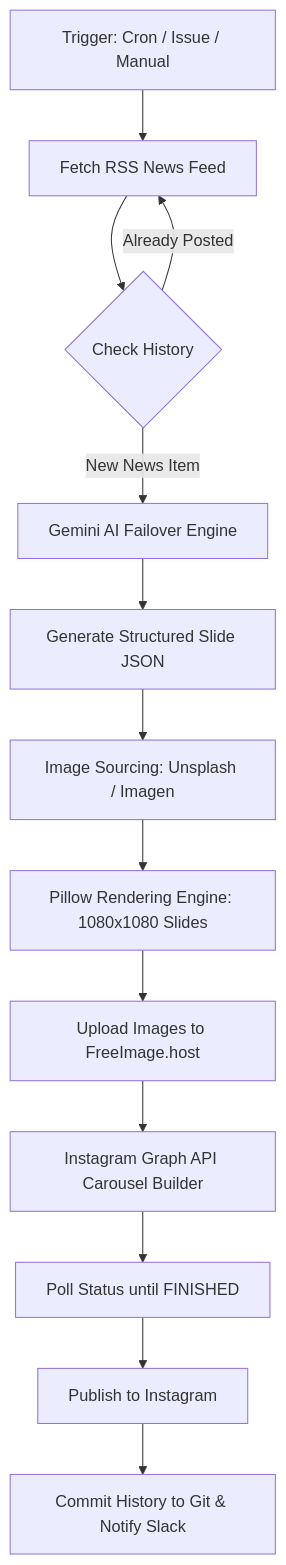
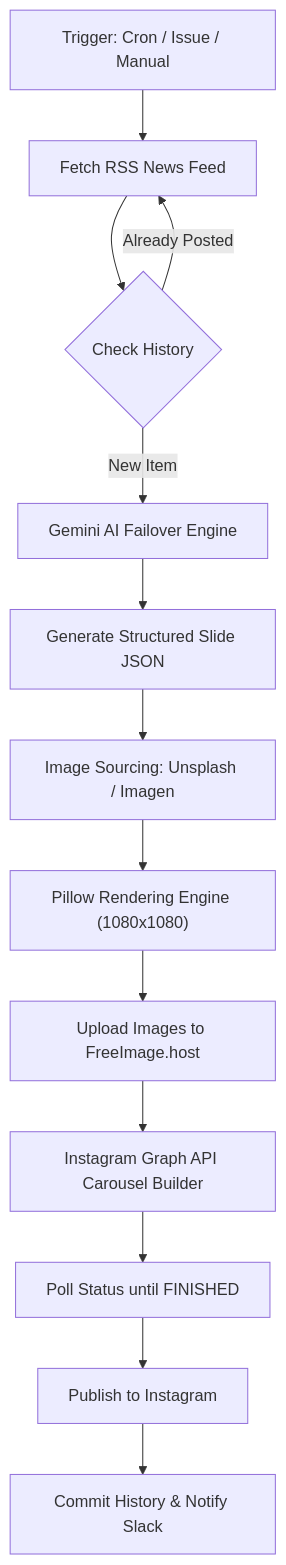
One commit to sanjay032007/instagram-tech-bot changed the diagram in README.md. Above: the diagram before and after it, drawn with Mermaid.

Commit message:
Fix Mermaid diagram syntax in README.md to ensure clean GitHub rich display rendering

````diff
--- a/README.md
+++ b/README.md
@@ -44,15 +44,15 @@
 ```mermaid
 flowchart TD
-    A[Trigger: Cron / Issue / Manual] --> B[Fetch RSS News Feed]
-    B --> C{Check History}
-    C -->|Already Posted| B
-    C -->|New News Item| D[Gemini AI Failover Engine]
-    D --> E[Generate Structured Slide JSON]
-    E --> F[Image Sourcing: Unsplash / Imagen]
-    F --> G[Pillow Rendering Engine: 1080x1080 Slides]
-    G --> H[Upload Images to FreeImage.host]
-    H --> I[Instagram Graph API Carousel Builder]
-    I --> J[Poll Status until FINISHED]
-    J --> K[Publish to Instagram]
-    K --> L[Commit History to Git & Notify Slack]
+    A["Trigger: Cron / Issue / Manual"] --> B["Fetch RSS News Feed"]
+    B --> C{"Check History"}
+    C -->|"Already Posted"| B
+    C -->|"New Item"| D["Gemini AI Failover Engine"]
+    D --> E["Generate Structured Slide JSON"]
+    E --> F["Image Sourcing: Unsplash / Imagen"]
+    F --> G["Pillow Rendering Engine (1080x1080)"]
+    G --> H["Upload Images to FreeImage.host"]
+    H --> I["Instagram Graph API Carousel Builder"]
+    I --> J["Poll Status until FINISHED"]
+    J --> K["Publish to Instagram"]
+    K --> L["Commit History & Notify Slack"]
 ```
````
